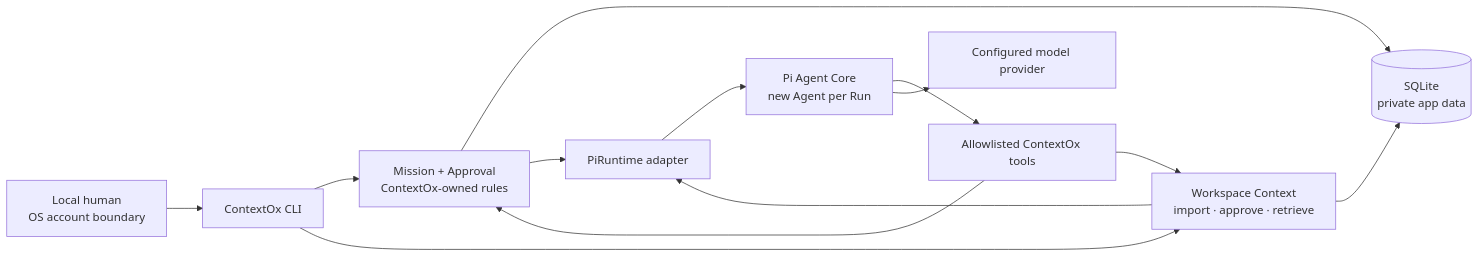
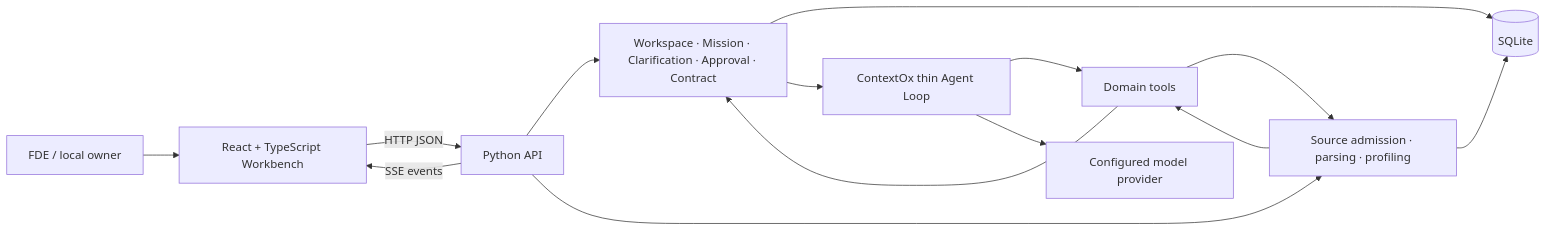
The diagram in docs/架构与迁移报告.md (archerthegoat/contextox-agent), drawn with Mermaid before and after one commit. The commit also changed other lines of this file and 2 other files, not shown here.

Commit message:
Refine ContextOx mission state and runtime boundaries

````diff
--- a/docs/架构与迁移报告.md
+++ b/docs/架构与迁移报告.md
@@ -115,15 +120,16 @@
 ```mermaid
 flowchart LR
-    Human["Local human\nOS account boundary"] --> CLI["ContextOx CLI"]
-    CLI --> Domain["Mission + Approval\nContextOx-owned rules"]
-    CLI --> Context["Workspace Context\nimport · approve · retrieve"]
-    Domain --> Store[("SQLite\nprivate app data")]
-    Context --> Store
-    Domain --> Adapter["PiRuntime adapter"]
-    Context --> Adapter
-    Adapter --> Pi["Pi Agent Core\nnew Agent per Run"]
-    Pi --> Tools["Allowlisted ContextOx tools"]
+    Human["FDE / local owner"] --> Web["React + TypeScript Workbench"]
+    Web -->|"HTTP JSON"| API["Python API"]
+    API -->|"SSE events"| Web
+    API --> Domain["Workspace · Mission · Clarification · Approval · Contract"]
+    API --> Sources["Source admission · parsing · profiling"]
+    Domain --> Store[("SQLite")]
+    Sources --> Store
+    Domain --> Loop["ContextOx thin Agent Loop"]
+    Sources --> Tools["Domain tools"]
+    Loop --> Tools
     Tools --> Domain
-    Tools --> Context
-    Pi --> Provider["Configured model provider"]
+    Tools --> Sources
+    Loop --> Provider["Configured model provider"]
 ```
````
